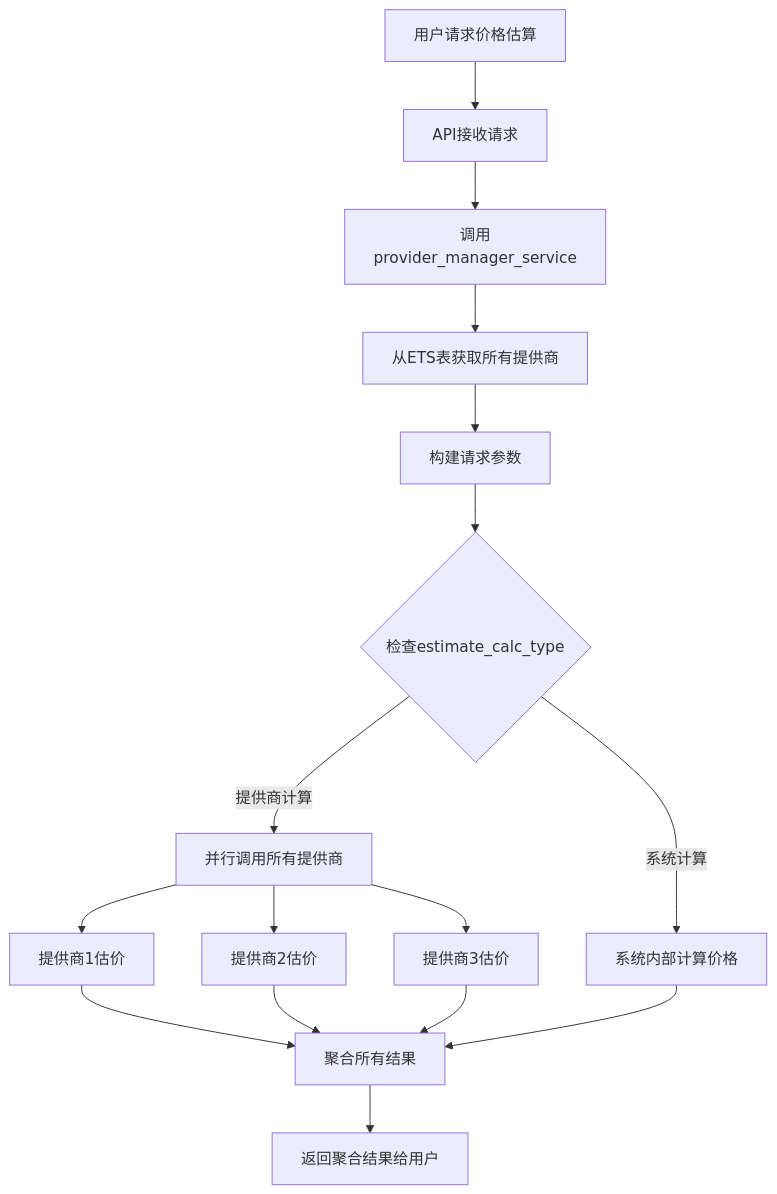
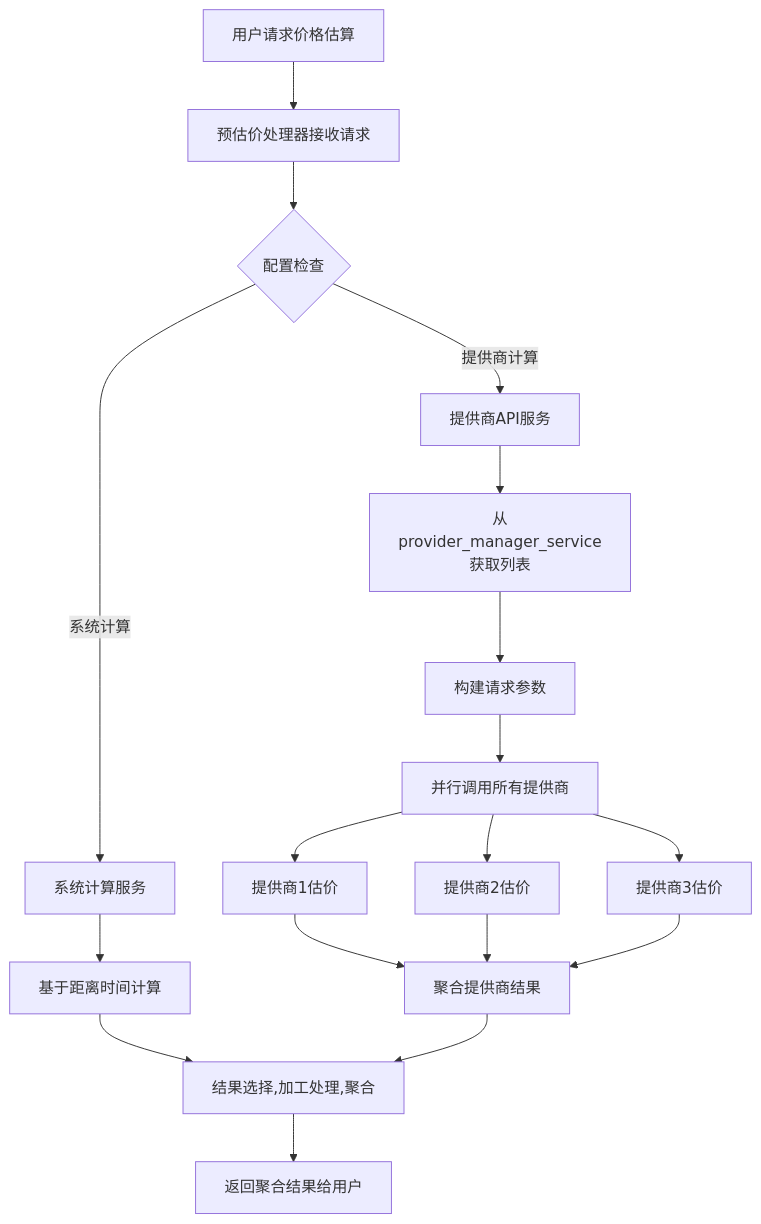
The third of 4 diagrams in 企业网约车后台服务分析.md (gch8537445/ExternalTransService_erlang), drawn with Mermaid before and after one commit. The commit also changed other lines of this file, not shown here.

````diff
--- a/企业网约车后台服务分析.md
+++ b/企业网约车后台服务分析.md
@@ -128,22 +132,28 @@
 ```mermaid
 flowchart TD
-    A[用户请求价格估算] --> B[API接收请求]
-    B --> C[调用provider_manager_service]
-    C --> D[从ETS表获取所有提供商]
-    D --> E[构建请求参数]
-    E --> F{检查estimate_calc_type}
+    A[用户请求价格估算] --> B[预估价处理器接收请求]
     
-    F -- 系统计算 --> G[系统内部计算价格]
-    F -- 提供商计算 --> H[并行调用所有提供商]
+    B --> C{配置检查}
     
-    H --> I1[提供商1估价]
-    H --> I2[提供商2估价]
-    H --> I3[提供商3估价]
+    C -- 系统计算 --> D[系统计算服务]
+    C -- 提供商计算 --> E[提供商API服务]
     
-    I1 --> J[聚合所有结果]
-    I2 --> J
-    I3 --> J
-    G --> J
+    D --> D1[基于距离时间计算]
     
-    J --> K[返回聚合结果给用户]
+    E --> E1[从provider_manager_service获取列表]
+    E1 --> E2[构建请求参数]
+    E2 --> E3[并行调用所有提供商]
+    
+    E3 --> P1[提供商1估价]
+    E3 --> P2[提供商2估价]
+    E3 --> P3[提供商3估价]
+    
+    P1 --> F[聚合提供商结果]
+    P2 --> F
+    P3 --> F
+    
+    D1 --> G[结果选择,加工处理,聚合]
+    F --> G
+    
+    G --> H[返回聚合结果给用户]
 ```
````
